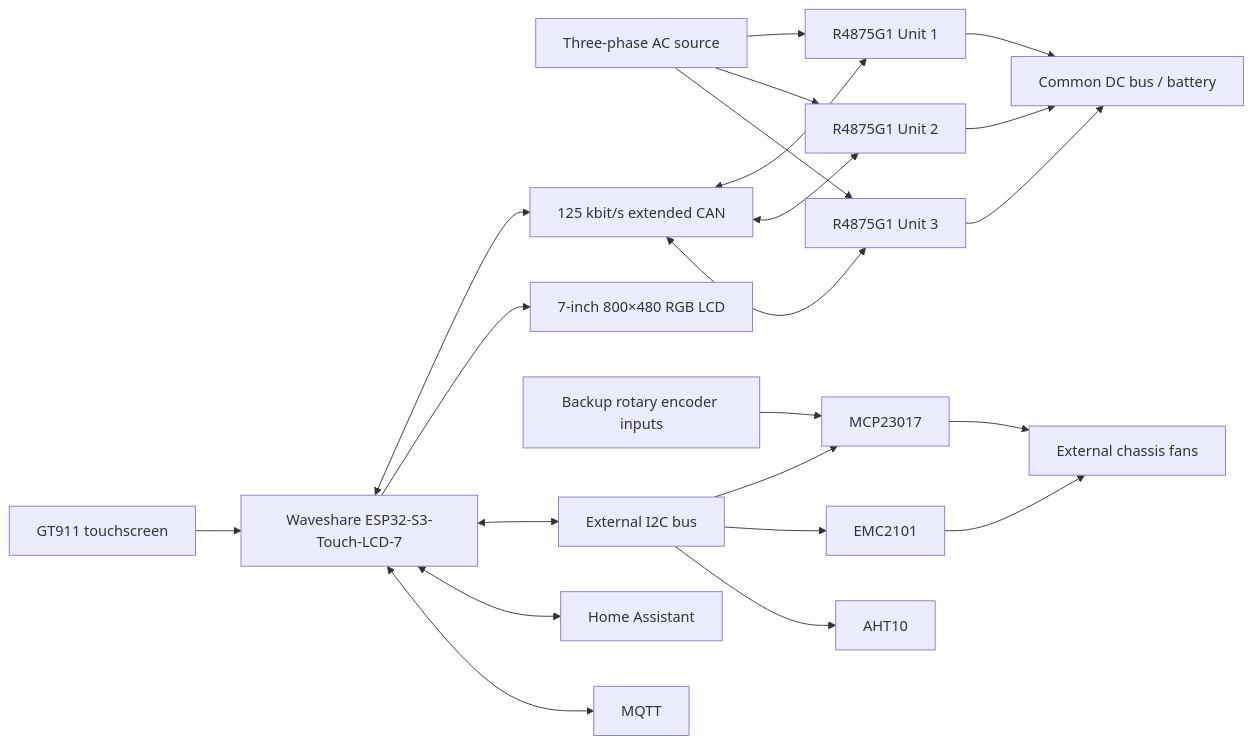
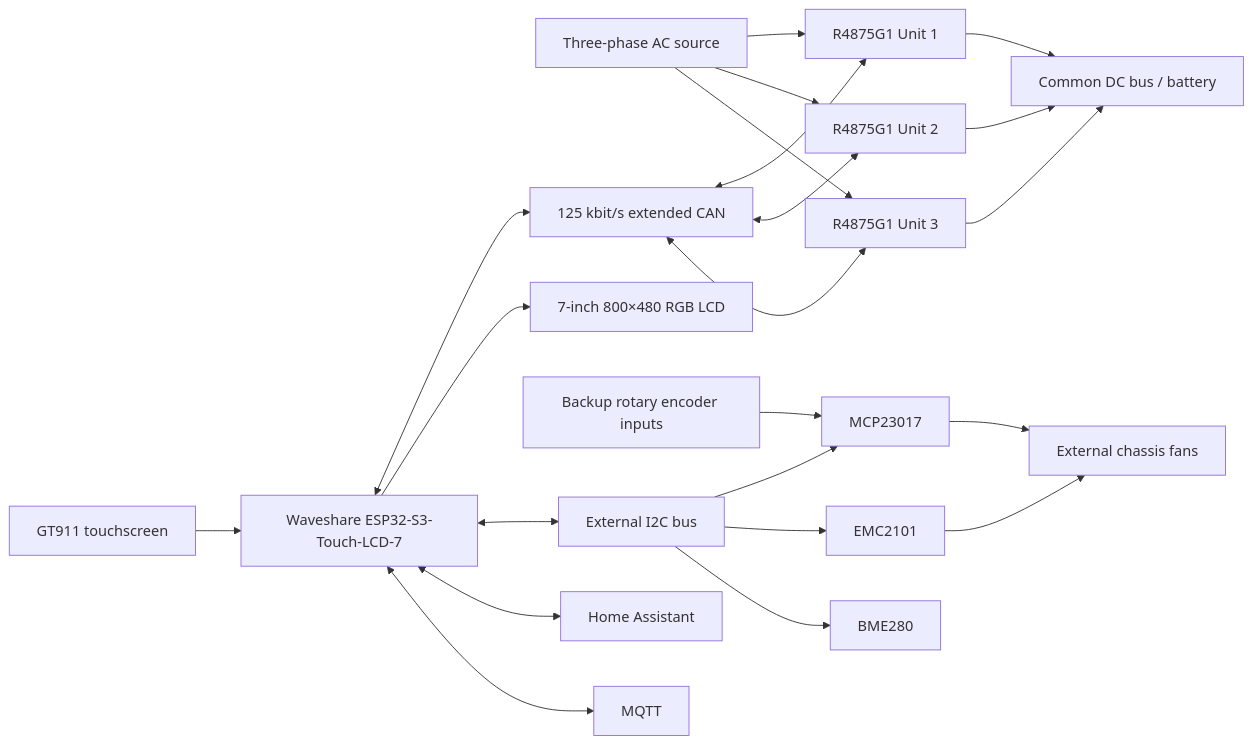
Before and after one commit to anwa/esphome-r4875g1-3phase-charger: the first of 4 diagrams in R4875G1_CONTROL_FLOWS.md, drawn with Mermaid. The commit also changed other lines of this file and 8 other files, not shown here.

First line of the commit message:
Replace compartment AHT10 with BME280 in v6.0.30

````diff
--- a/R4875G1_CONTROL_FLOWS.md
+++ b/R4875G1_CONTROL_FLOWS.md
@@ -34,30 +34,30 @@
 ```mermaid
 flowchart LR
     AC[Three-phase AC source] --> U1[R4875G1 Unit 1]
     AC --> U2[R4875G1 Unit 2]
     AC --> U3[R4875G1 Unit 3]
 
     U1 --> DCBUS[Common DC bus / battery]
     U2 --> DCBUS
     U3 --> DCBUS
 
     CTRL[Waveshare ESP32-S3-Touch-LCD-7] <--> CAN[125 kbit/s extended CAN]
     CAN <--> U1
     CAN <--> U2
     CAN <--> U3
 
     CTRL --> LCD[7-inch 800×480 RGB LCD]
     TOUCH[GT911 touchscreen] --> CTRL
 
     ENC[Backup rotary encoder inputs] --> MCP
     CTRL <--> EXT_I2C[External I2C bus]
     EXT_I2C --> MCP[MCP23017]
     EXT_I2C --> EMC[EMC2101]
-    EXT_I2C --> AHT[AHT10]
+    EXT_I2C --> BME[BME280]
 
     EMC --> FANS[External chassis fans]
     MCP --> FANS
 
     CTRL <--> HA[Home Assistant]
     CTRL <--> MQTT[MQTT]
 ```
````
